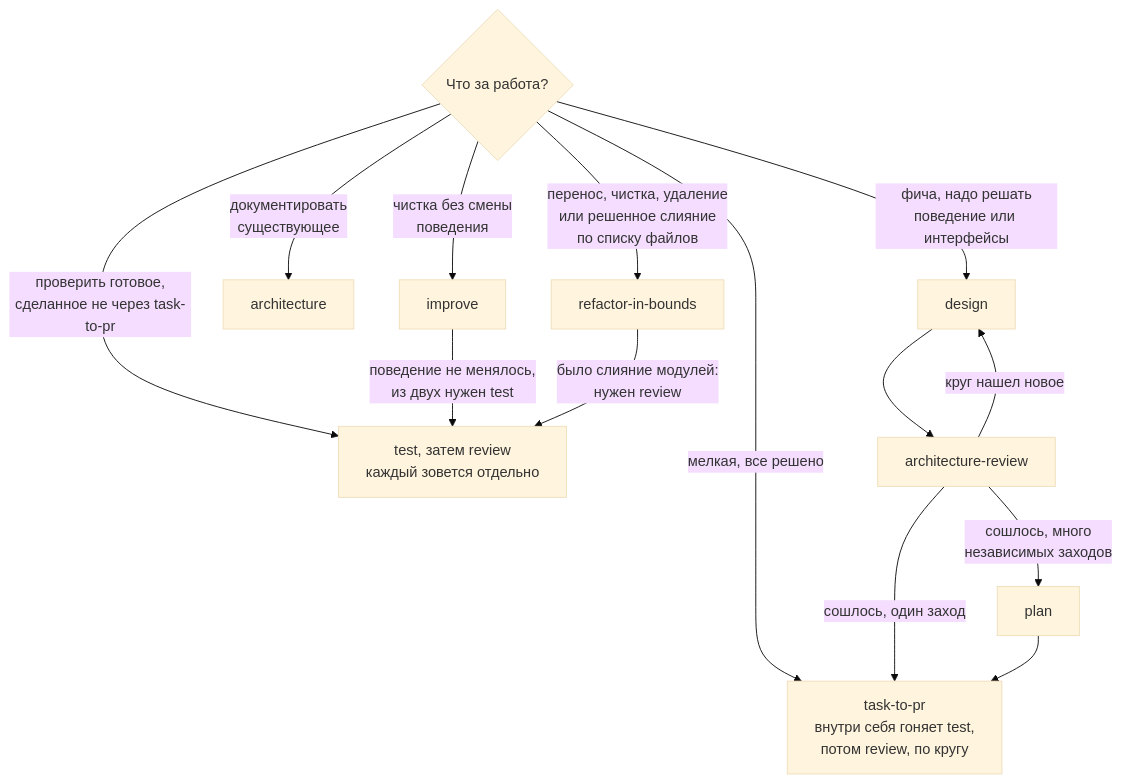
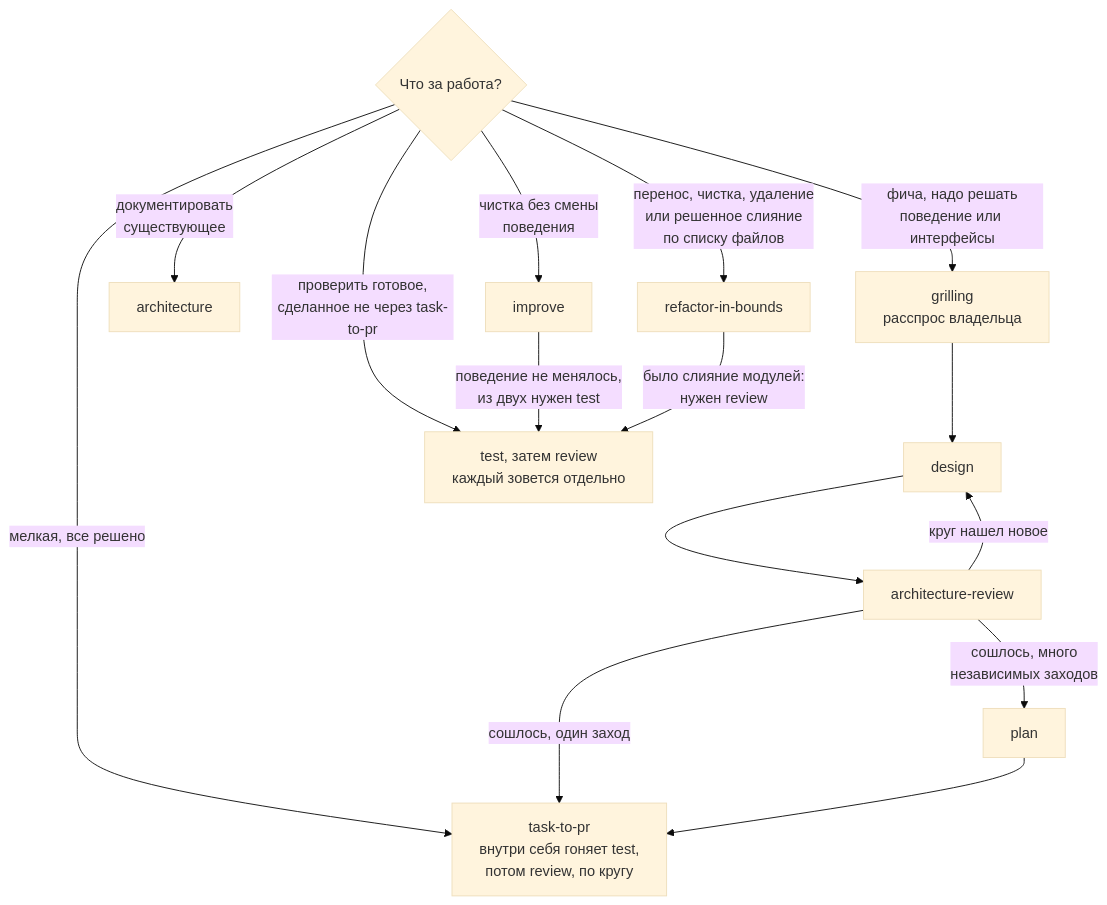
One commit to dm-am/dm3 changed the diagram in docs/conventions/PROCESS.md. Above: the diagram before and after it, drawn with Mermaid (base theme). The commit also changed other lines of this file and 4527 other files, not shown here.

````diff
--- a/docs/conventions/PROCESS.md
+++ b/docs/conventions/PROCESS.md
@@ -16,18 +9,19 @@
 ```mermaid
 flowchart TB
     q{"Что за работа?"}
     q -->|"мелкая, все решено"| tp["task-to-pr<br/>внутри себя гоняет test,<br/>потом review, по кругу"]
-    q -->|"фича, надо решать<br/>поведение или интерфейсы"| d["design"]
+    q -->|"фича, надо решать<br/>поведение или интерфейсы"| g["grilling<br/>расспрос владельца"]
+    g --> d["design"]
     q -->|"документировать<br/>существующее"| arch["architecture"]
     q -->|"чистка без смены<br/>поведения"| imp["improve"]
     q -->|"перенос, чистка, удаление<br/>или решенное слияние<br/>по списку файлов"| rib["refactor-in-bounds"]
     q -->|"проверить готовое,<br/>сделанное не через task-to-pr"| tr["test, затем review<br/>каждый зовется отдельно"]
 
     d --> ar["architecture-review"]
     ar -->|"круг нашел новое"| d
     ar -->|"сошлось, много<br/>независимых заходов"| pl["plan"]
     ar -->|"сошлось, один заход"| tp
     pl --> tp
     imp -->|"поведение не менялось,<br/>из двух нужен test"| tr
     rib -->|"было слияние модулей:<br/>нужен review"| tr
 ```
````
